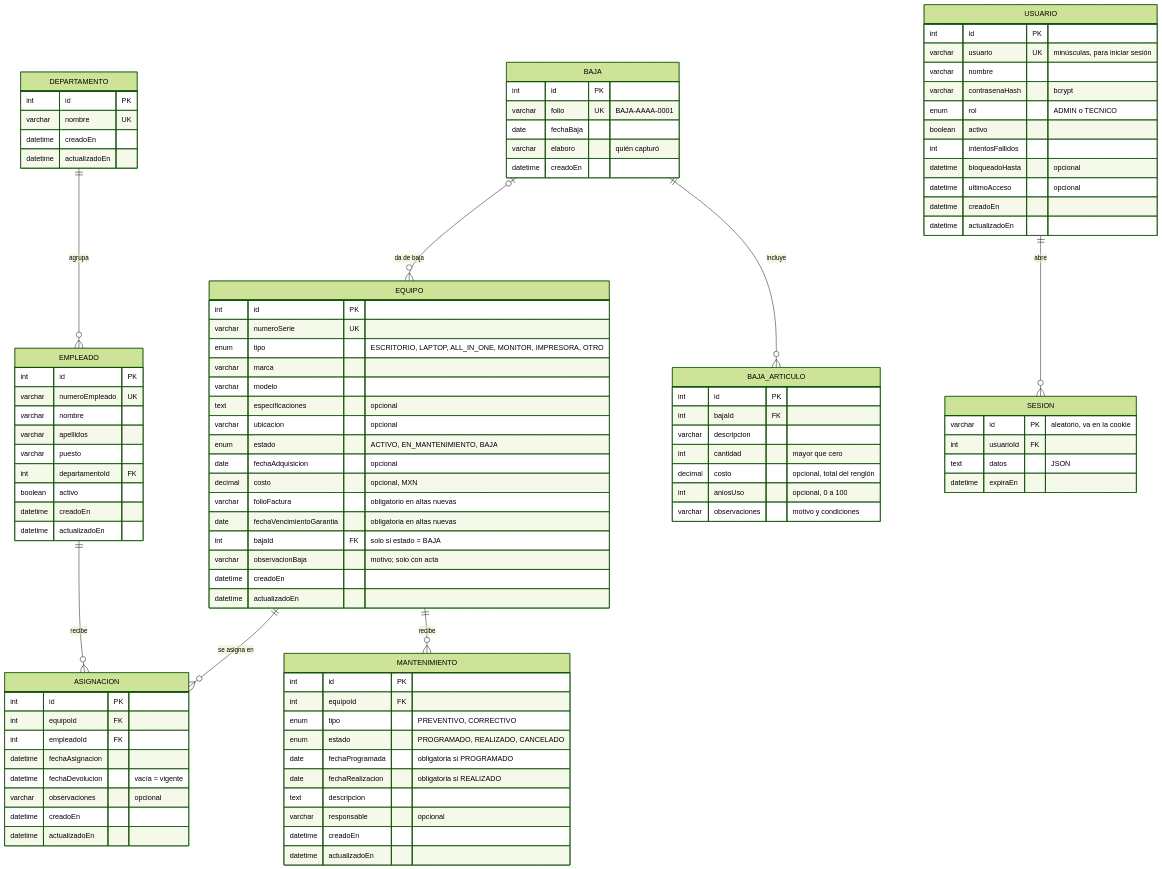
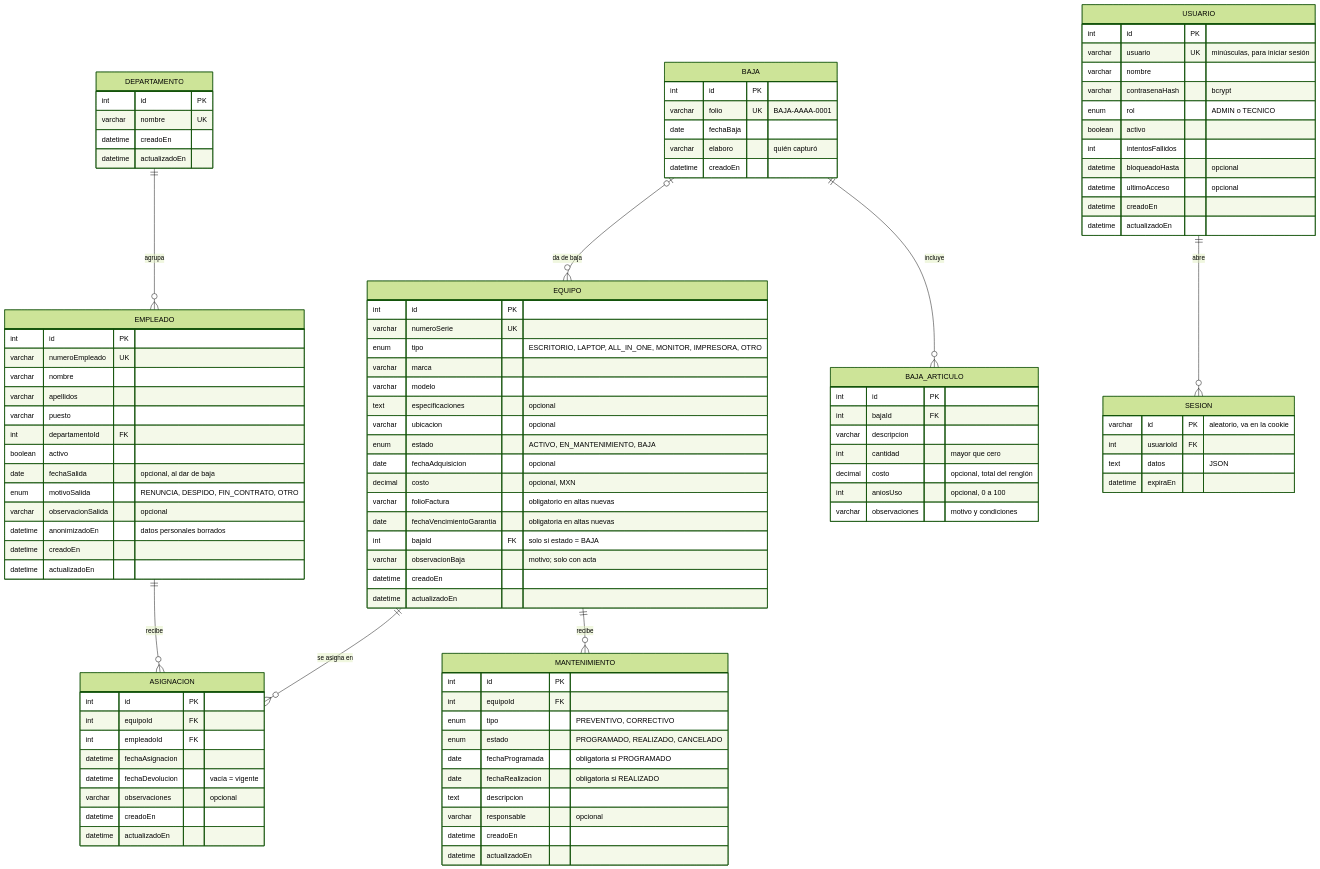
Before and after one commit to JPCR2/BBE: the diagram in inventario-equipos-bluebay/docs/diagrama-er.mermaid, drawn with Mermaid (forest theme). The commit also changed 12 other files, not shown here.

First line of the commit message:
Pantallas: «Dar de baja» con anonimización y eliminar registros por error

```diff
--- a/inventario-equipos-bluebay/docs/diagrama-er.mermaid
+++ b/inventario-equipos-bluebay/docs/diagrama-er.mermaid
@@ -1,112 +1,116 @@
 %% Diagrama entidad-relación — Sistema de Gestión de Inventario y Mantenimiento
 %% de Equipos de Cómputo, Blue Bay Grand Esmeralda (parte 1 del prototipo).
 %% Se puede visualizar en https://mermaid.live o con la extensión de Mermaid de VS Code.
 erDiagram
     DEPARTAMENTO ||--o{ EMPLEADO : "agrupa"
     EMPLEADO ||--o{ ASIGNACION : "recibe"
     EQUIPO ||--o{ ASIGNACION : "se asigna en"
     EQUIPO ||--o{ MANTENIMIENTO : "recibe"
     BAJA |o--o{ EQUIPO : "da de baja"
     BAJA ||--o{ BAJA_ARTICULO : "incluye"
     USUARIO ||--o{ SESION : "abre"
 
     DEPARTAMENTO {
         int id PK
         varchar nombre UK
         datetime creadoEn
         datetime actualizadoEn
     }
 
     EMPLEADO {
         int id PK
         varchar numeroEmpleado UK
         varchar nombre
         varchar apellidos
         varchar puesto
         int departamentoId FK
         boolean activo
+        date fechaSalida "opcional, al dar de baja"
+        enum motivoSalida "RENUNCIA, DESPIDO, FIN_CONTRATO, OTRO"
+        varchar observacionSalida "opcional"
+        datetime anonimizadoEn "datos personales borrados"
         datetime creadoEn
         datetime actualizadoEn
     }
 
     EQUIPO {
         int id PK
         varchar numeroSerie UK
         enum tipo "ESCRITORIO, LAPTOP, ALL_IN_ONE, MONITOR, IMPRESORA, OTRO"
         varchar marca
         varchar modelo
         text especificaciones "opcional"
         varchar ubicacion "opcional"
         enum estado "ACTIVO, EN_MANTENIMIENTO, BAJA"
         date fechaAdquisicion "opcional"
         decimal costo "opcional, MXN"
         varchar folioFactura "obligatorio en altas nuevas"
         date fechaVencimientoGarantia "obligatoria en altas nuevas"
         int bajaId FK "solo si estado = BAJA"
         varchar observacionBaja "motivo; solo con acta"
         datetime creadoEn
         datetime actualizadoEn
     }
 
     ASIGNACION {
         int id PK
         int equipoId FK
         int empleadoId FK
         datetime fechaAsignacion
         datetime fechaDevolucion "vacía = vigente"
         varchar observaciones "opcional"
         datetime creadoEn
         datetime actualizadoEn
     }
 
     MANTENIMIENTO {
         int id PK
         int equipoId FK
         enum tipo "PREVENTIVO, CORRECTIVO"
         enum estado "PROGRAMADO, REALIZADO, CANCELADO"
         date fechaProgramada "obligatoria si PROGRAMADO"
         date fechaRealizacion "obligatoria si REALIZADO"
         text descripcion
         varchar responsable "opcional"
         datetime creadoEn
         datetime actualizadoEn
     }
 
     BAJA {
         int id PK
         varchar folio UK "BAJA-AAAA-0001"
         date fechaBaja
         varchar elaboro "quién capturó"
         datetime creadoEn
     }
 
     BAJA_ARTICULO {
         int id PK
         int bajaId FK
         varchar descripcion
         int cantidad "mayor que cero"
         decimal costo "opcional, total del renglón"
         int aniosUso "opcional, 0 a 100"
         varchar observaciones "motivo y condiciones"
     }
 
     USUARIO {
         int id PK
         varchar usuario UK "minúsculas, para iniciar sesión"
         varchar nombre
         varchar contrasenaHash "bcrypt"
         enum rol "ADMIN o TECNICO"
         boolean activo
         int intentosFallidos
         datetime bloqueadoHasta "opcional"
         datetime ultimoAcceso "opcional"
         datetime creadoEn
         datetime actualizadoEn
     }
 
     SESION {
         varchar id PK "aleatorio, va en la cookie"
         int usuarioId FK
         text datos "JSON"
         datetime expiraEn
     }
```
